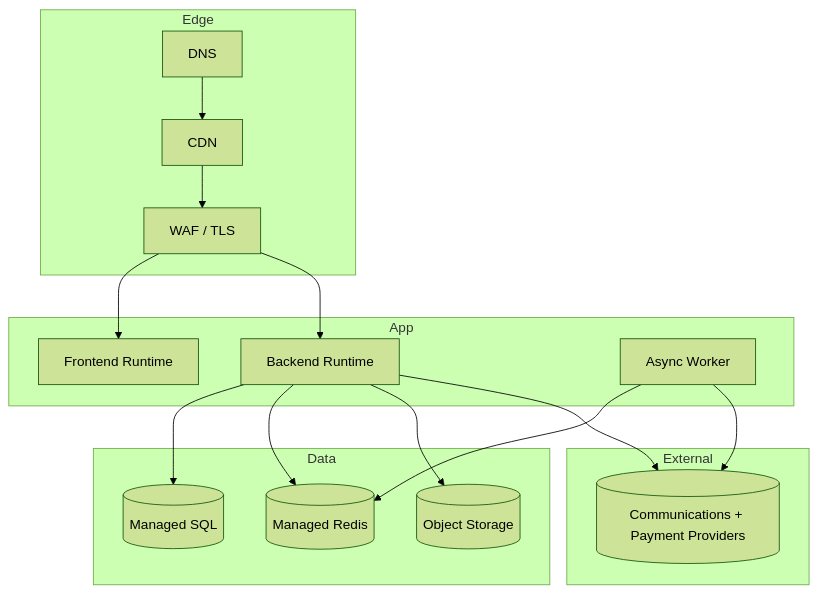
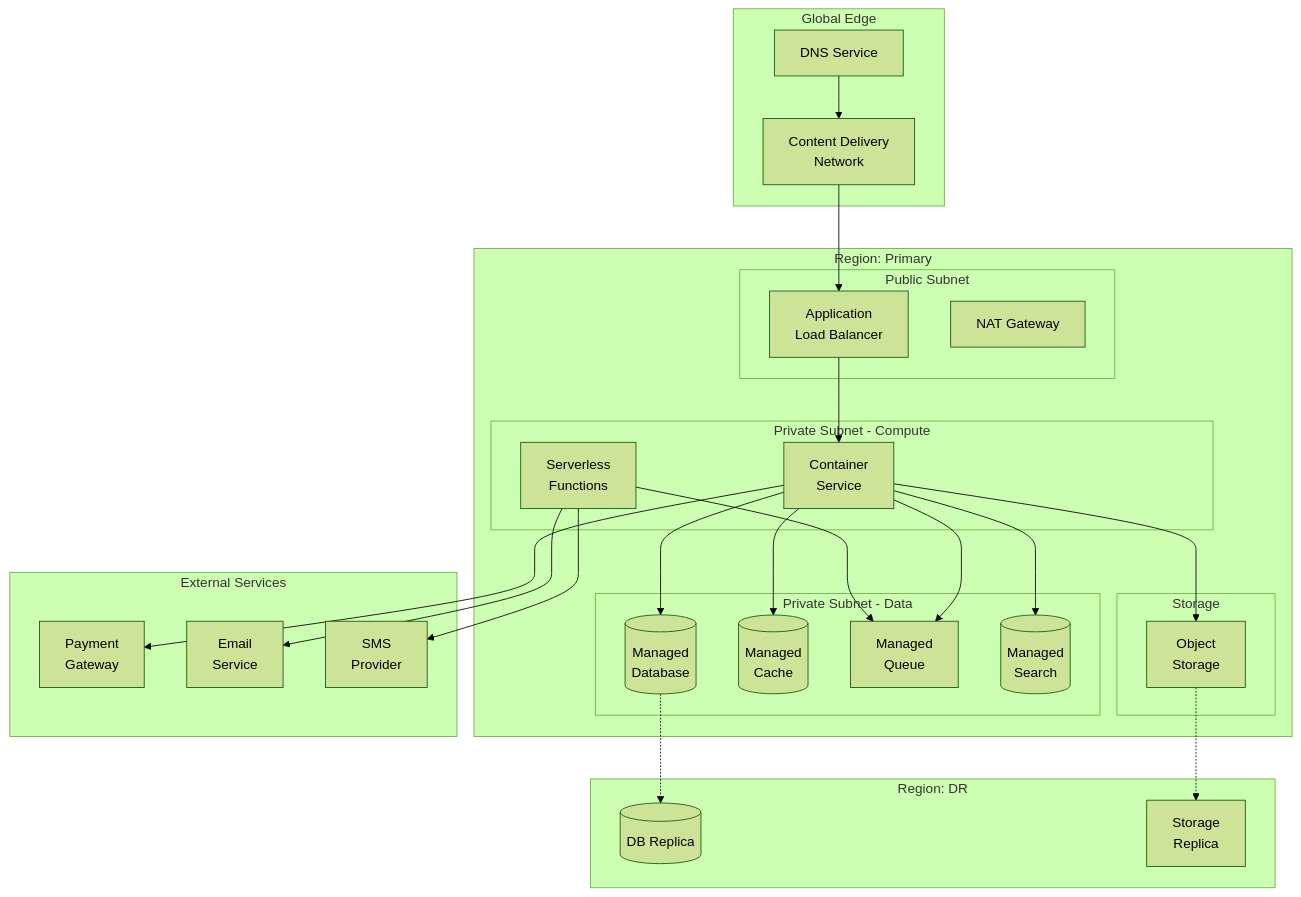
Before and after one commit to 0Ankit0/slot-booking: the first of 4 diagrams in docs/infrastructure/cloud-architecture.md, drawn with Mermaid (forest theme). The commit also changed other lines of this file and 36 other files, not shown here.

````diff
--- a/docs/infrastructure/cloud-architecture.md
+++ b/docs/infrastructure/cloud-architecture.md
@@ -3,30 +15,59 @@
 ```mermaid
-flowchart TB
-  subgraph Edge
-    DNS[DNS]
-    CDN[CDN]
-    WAF[WAF / TLS]
-  end
-  subgraph App
-    Web[Frontend Runtime]
-    API[Backend Runtime]
-    Worker[Async Worker]
-  end
-  subgraph Data
-    SQL[(Managed SQL)]
-    Cache[(Managed Redis)]
-    Storage[(Object Storage)]
-  end
-  subgraph External
-    Providers[(Communications + Payment Providers)]
-  end
-
-  DNS --> CDN --> WAF --> Web
-  WAF --> API
-  API --> SQL
-  API --> Cache
-  API --> Storage
-  Worker --> Cache
-  API --> Providers
-  Worker --> Providers
+graph TB
+    subgraph "Global Edge"
+        DNS[DNS Service]
+        CDN[Content Delivery<br/>Network]
+    end
+    
+    subgraph "Region: Primary"
+        subgraph "Public Subnet"
+            ALB[Application<br/>Load Balancer]
+            NAT[NAT Gateway]
+        end
+        
+        subgraph "Private Subnet - Compute"
+            ECS[Container<br/>Service]
+            LAMBDA[Serverless<br/>Functions]
+        end
+        
+        subgraph "Private Subnet - Data"
+            RDS[(Managed<br/>Database)]
+            CACHE[(Managed<br/>Cache)]
+            QUEUE[Managed<br/>Queue]
+            SEARCH[(Managed<br/>Search)]
+        end
+        
+        subgraph "Storage"
+            S3[Object<br/>Storage]
+        end
+    end
+    
+    subgraph "Region: DR"
+        RDS_DR[(DB Replica)]
+        S3_DR[Storage<br/>Replica]
+    end
+    
+    subgraph "External Services"
+        PAY[Payment<br/>Gateway]
+        EMAIL[Email<br/>Service]
+        SMS[SMS<br/>Provider]
+    end
+    
+    DNS --> CDN
+    CDN --> ALB
+    ALB --> ECS
+    ECS --> RDS
+    ECS --> CACHE
+    ECS --> QUEUE
+    ECS --> SEARCH
+    ECS --> S3
+    
+    LAMBDA --> QUEUE
+    
+    RDS -.-> RDS_DR
+    S3 -.-> S3_DR
+    
+    ECS --> PAY
+    LAMBDA --> EMAIL
+    LAMBDA --> SMS
 ```
````
